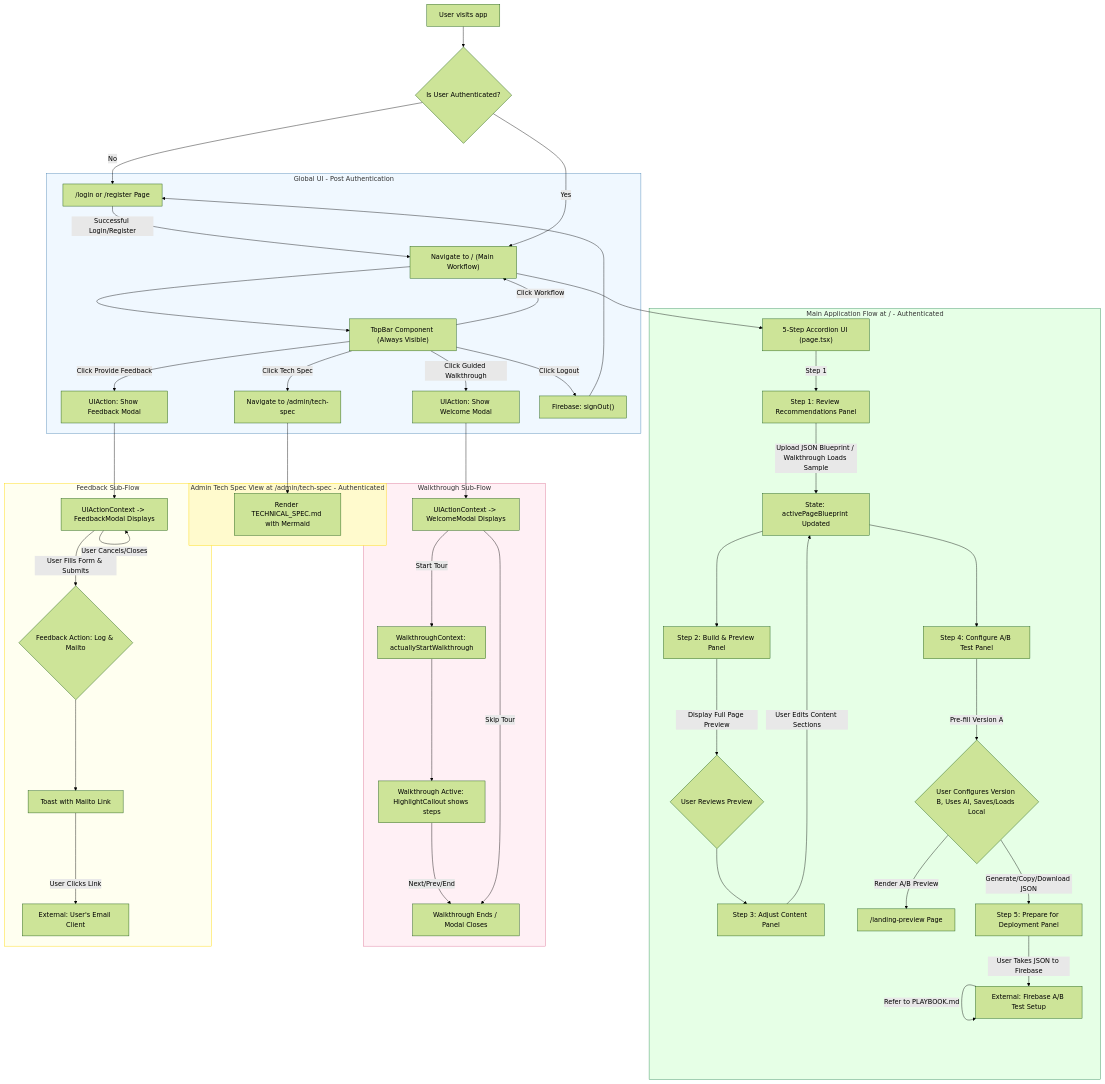
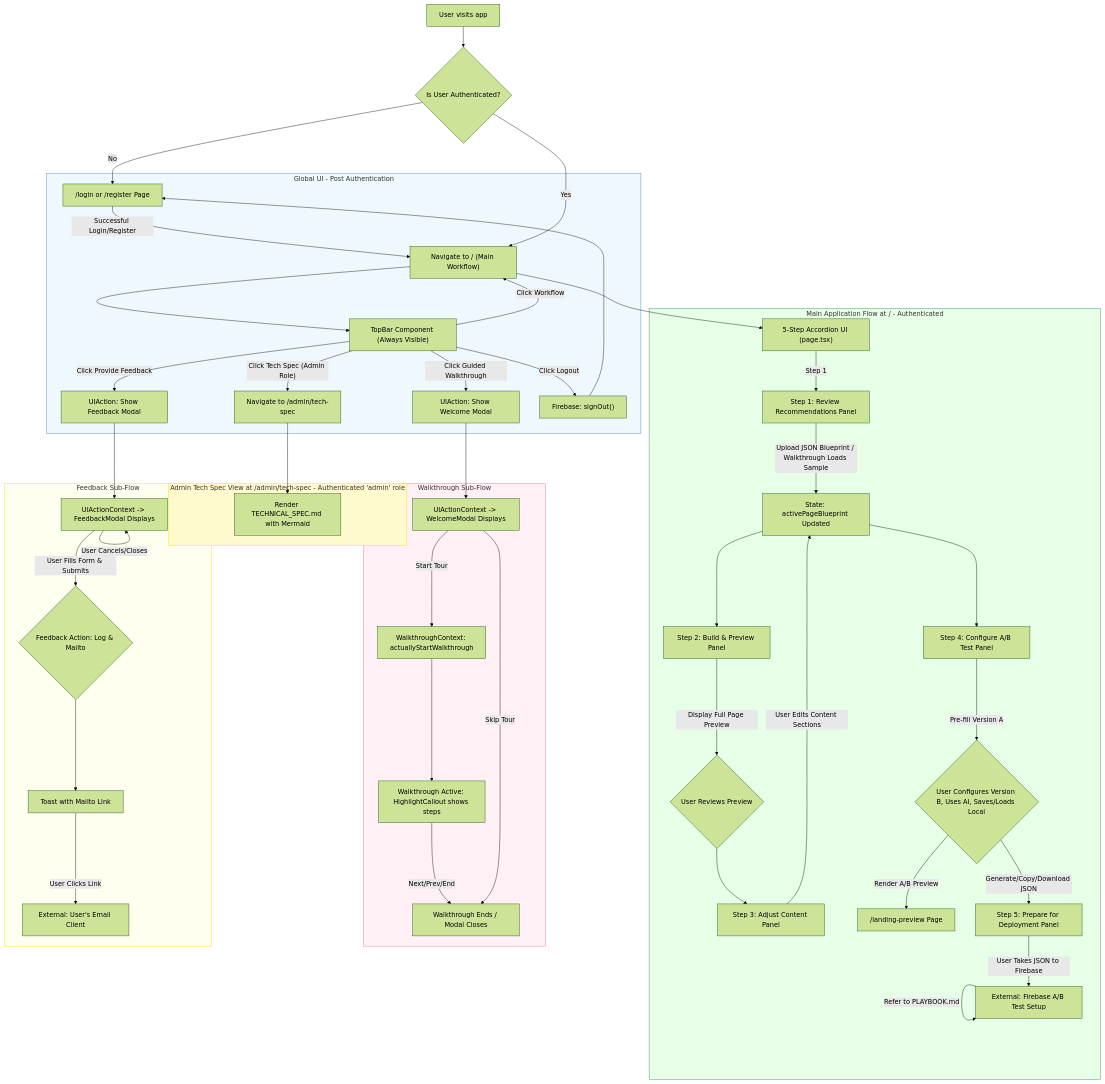
The second of 2 diagrams in TECHNICAL_SPEC.md (jason-davey/studio), drawn with Mermaid (forest theme) before and after one commit. The commit also changed other lines of this file and 3 other files, not shown here.

````diff
--- a/TECHNICAL_SPEC.md
+++ b/TECHNICAL_SPEC.md
@@ -413,64 +414,64 @@
 ```mermaid
 graph TD
     UserStart["User visits app"] --> CheckAuth{"Is User Authenticated?"}
     CheckAuth -- No --> LoginPage["/login or /register Page"]
     LoginPage -- Successful Login/Register --> MainAppNav["Navigate to / (Main Workflow)"]
     CheckAuth -- Yes --> MainAppNav
 
     subgraph GlobalUI [Global UI - Post Authentication]
         MainAppNav --> TopBarComp["TopBar Component (Always Visible)"]
         TopBarComp -- Click Workflow --> MainAppNav
-        TopBarComp -- Click Tech Spec --> AdminSpecNav["Navigate to /admin/tech-spec"]
+        TopBarComp -- Click Tech Spec (Admin Role) --> AdminSpecNav["Navigate to /admin/tech-spec"]
         TopBarComp -- Click Guided Walkthrough --> UIAction_ShowWelcomeModal["UIAction: Show Welcome Modal"]
         TopBarComp -- Click Provide Feedback --> UIAction_ShowFeedbackModal["UIAction: Show Feedback Modal"]
         TopBarComp -- Click Logout --> LogoutAction["Firebase: signOut()"]
         LogoutAction --> LoginPage
     end
 
     subgraph MainApp [Main Application Flow at / - Authenticated]
         MainAppNav --> AccordionInterface["5-Step Accordion UI (page.tsx)"]
         
         AccordionInterface -- Step 1 --> Step1Panel["Step 1: Review Recommendations Panel"]
         Step1Panel -- Upload JSON Blueprint / Walkthrough Loads Sample --> BlueprintState["State: activePageBlueprint Updated"]
         
         BlueprintState --> Step2Panel["Step 2: Build & Preview Panel"]
         Step2Panel -- Display Full Page Preview --> UserReviewsPreview{"User Reviews Preview"}
         
         UserReviewsPreview --> Step3Panel["Step 3: Adjust Content Panel"]
         Step3Panel -- User Edits Content Sections --> BlueprintState
         
         BlueprintState --> Step4Panel["Step 4: Configure A/B Test Panel"]
         Step4Panel -- Pre-fill Version A --> UserConfiguresAB{"User Configures Version B, Uses AI, Saves/Loads Local"}
         UserConfiguresAB -- Render A/B Preview --> PreviewPage["/landing-preview Page"]
         UserConfiguresAB -- Generate/Copy/Download JSON --> Step5Panel["Step 5: Prepare for Deployment Panel"]
         
         Step5Panel -- User Takes JSON to Firebase --> FirebaseConsoleSetup["External: Firebase A/B Test Setup"]
         FirebaseConsoleSetup -- Refer to PLAYBOOK.md --> FirebaseConsoleSetup
     end
     
-    subgraph AdminSpecView [Admin Tech Spec View at /admin/tech-spec - Authenticated]
+    subgraph AdminSpecView [Admin Tech Spec View at /admin/tech-spec - Authenticated 'admin' role]
         AdminSpecNav --> RenderTechSpec["Render TECHNICAL_SPEC.md with Mermaid"]
     end
 
     subgraph WalkthroughFlow [Walkthrough Sub-Flow]
         UIAction_ShowWelcomeModal --> WelcomeModalDisplay["UIActionContext -> WelcomeModal Displays"]
         WelcomeModalDisplay -- Start Tour --> WalkthroughStart["WalkthroughContext: actuallyStartWalkthrough"]
         WalkthroughStart --> WalkthroughActive["Walkthrough Active: HighlightCallout shows steps"]
         WalkthroughActive -- Next/Prev/End --> WalkthroughEnd["Walkthrough Ends / Modal Closes"]
         WelcomeModalDisplay -- Skip Tour --> WalkthroughEnd
     end
 
     subgraph FeedbackFlow [Feedback Sub-Flow]
         UIAction_ShowFeedbackModal --> FeedbackModalDisplay["UIActionContext -> FeedbackModal Displays"]
         FeedbackModalDisplay -- User Fills Form & Submits --> FeedbackAction{"Feedback Action: Log & Mailto"}
         FeedbackAction --> FeedbackToast["Toast with Mailto Link"]
         FeedbackToast -- User Clicks Link --> UserEmailClient_External["External: User's Email Client"]
         FeedbackModalDisplay -- User Cancels/Closes --> FeedbackModalDisplay
     end
 
     style GlobalUI fill:#f0f8ff,stroke:#4682b4
     style MainApp fill:#e6ffe6,stroke:#2e8b57
     style AdminSpecView fill:#fffacd,stroke:#ffd700
     style WalkthroughFlow fill:#fff0f5,stroke:#db7093
     style FeedbackFlow fill:#fffff0,stroke:#ffd700
 ```
````
